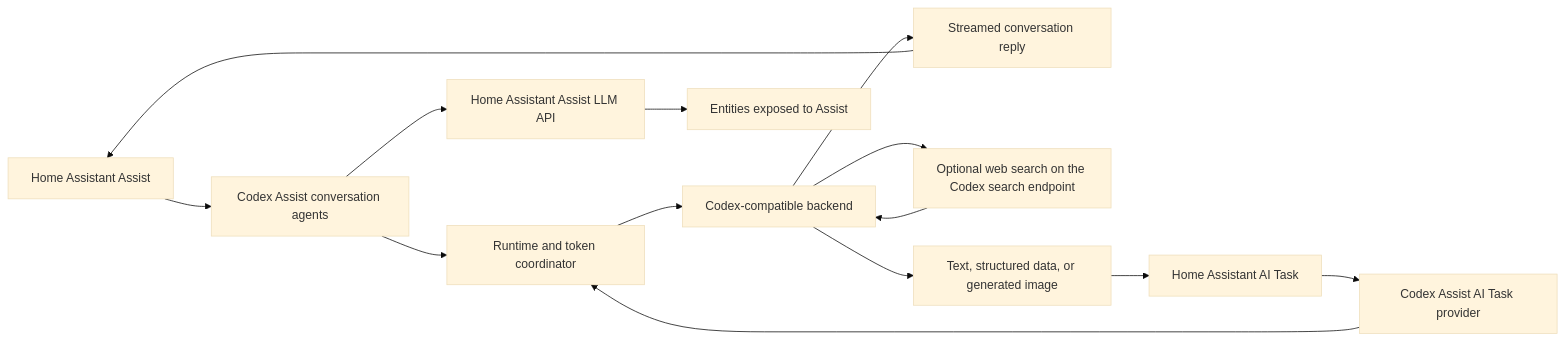
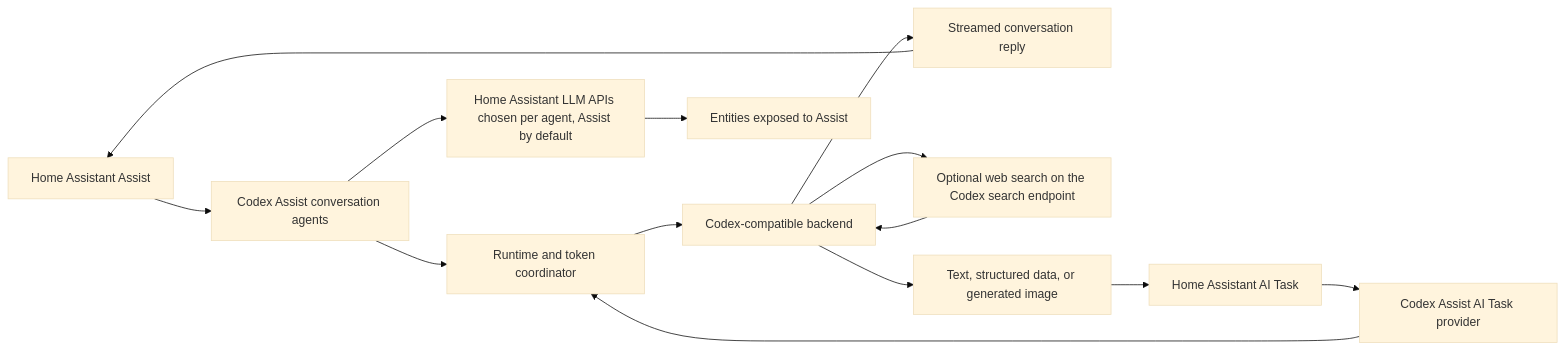
The diagram in docs/ARCHITECTURE.md (itsreverence/ha-codex-assist), drawn with Mermaid (base theme) before and after one commit. The commit also changed other lines of this file and 16 other files, not shown here.

First line of the commit message:
feat(conversation): let each agent choose its Home Assistant LLM APIs (#91)

````diff
--- a/docs/ARCHITECTURE.md
+++ b/docs/ARCHITECTURE.md
@@ -5,20 +5,20 @@
 ```mermaid
 flowchart LR
     Assist[Home Assistant Assist] --> Conversation[Codex Assist conversation agents]
     AITask[Home Assistant AI Task] --> Provider[Codex Assist AI Task provider]
 
     Conversation --> Runtime[Runtime and token coordinator]
     Provider --> Runtime
     Runtime --> Codex[Codex-compatible backend]
 
-    Conversation --> Bridge[Home Assistant Assist LLM API]
+    Conversation --> Bridge[Home Assistant LLM APIs chosen per agent, Assist by default]
     Bridge --> Exposed[Entities exposed to Assist]
 
     Codex --> Reply[Streamed conversation reply]
     Codex --> Search[Optional web search on the Codex search endpoint]
     Search --> Codex
     Codex --> TaskResult[Text, structured data, or generated image]
 
     Reply --> Assist
     TaskResult --> AITask
 ```
````
